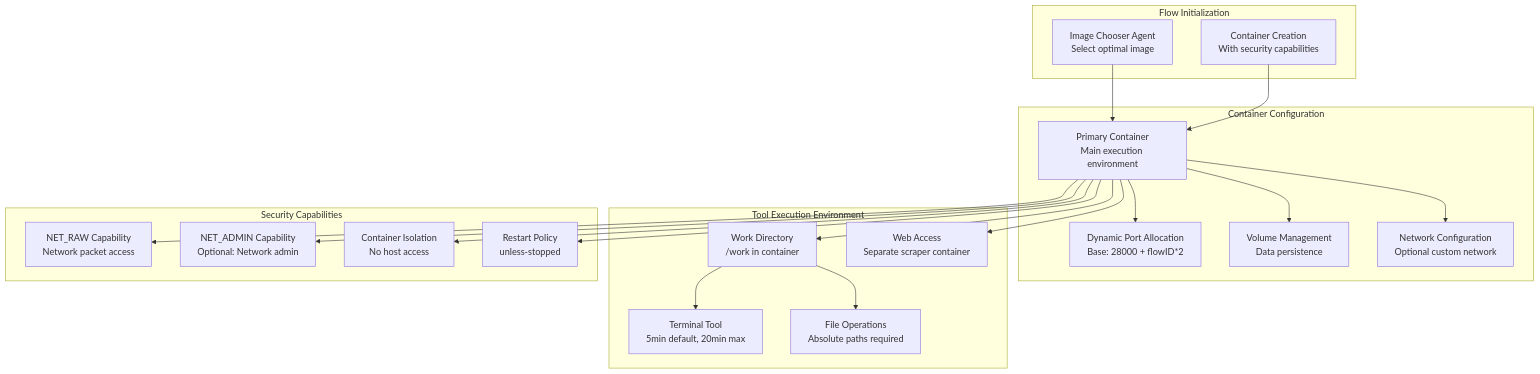
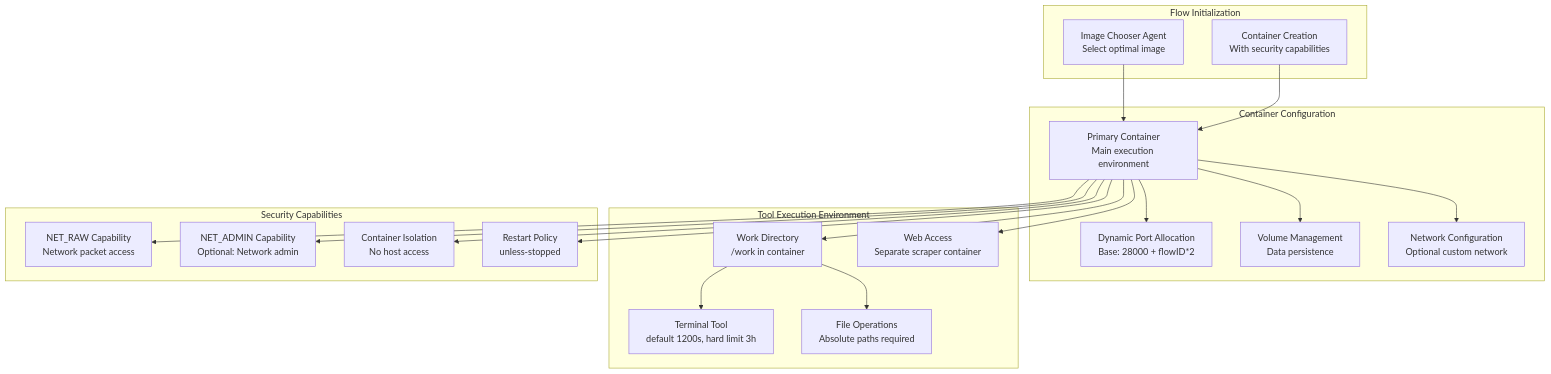
Before and after one commit to vxcontrol/pentagi: the eighth of 10 diagrams in backend/docs/flow_execution.md, drawn with Mermaid. The commit also changed other lines of this file and 20 other files, not shown here.

First line of the commit message:
feat: add assistant flow management tools and summarizer cache

````diff
--- a/backend/docs/flow_execution.md
+++ b/backend/docs/flow_execution.md
@@ -546,43 +559,43 @@
 ```mermaid
 graph TB
     subgraph "Flow Initialization"
         ImageSelection[Image Chooser Agent<br/>Select optimal image]
         ContainerSpawn[Container Creation<br/>With security capabilities]
     end
     
     subgraph "Container Configuration"
         Primary[Primary Container<br/>Main execution environment]
         Ports[Dynamic Port Allocation<br/>Base: 28000 + flowID*2]
         Volumes[Volume Management<br/>Data persistence]
         Network[Network Configuration<br/>Optional custom network]
     end
     
     subgraph "Tool Execution Environment"
         WorkDir[Work Directory<br/>/work in container]
-        Terminal[Terminal Tool<br/>5min default, 20min max]
+        Terminal[Terminal Tool<br/>default 1200s, hard limit 3h]
         FileOps[File Operations<br/>Absolute paths required]
         WebAccess[Web Access<br/>Separate scraper container]
     end
     
     ImageSelection --> Primary
     ContainerSpawn --> Primary
     Primary --> Ports
     Primary --> Volumes  
     Primary --> Network
     Primary --> WorkDir
     WorkDir --> Terminal
     WorkDir --> FileOps
     Primary --> WebAccess
     
     subgraph "Security Capabilities"
         NetRaw[NET_RAW Capability<br/>Network packet access]
         NetAdmin[NET_ADMIN Capability<br/>Optional: Network admin]
         Isolation[Container Isolation<br/>No host access]
         RestartPolicy[Restart Policy<br/>unless-stopped]
     end
     
     Primary --> NetRaw
     Primary --> NetAdmin
     Primary --> Isolation
     Primary --> RestartPolicy
 ```
````
